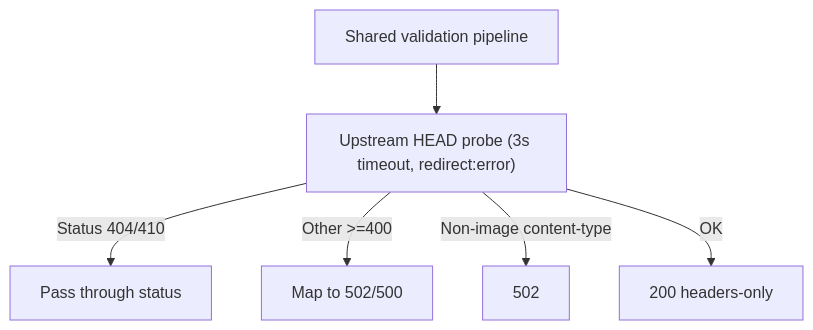
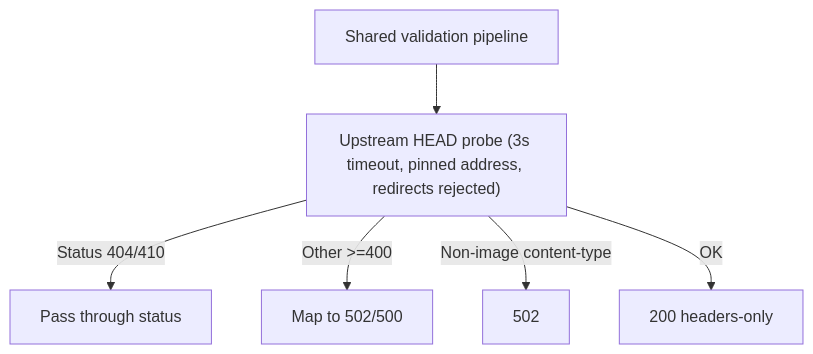
The third of 3 diagrams in apps/docs/content/docs/architecture/request-lifecycle.mdx (EricTsai83/optstuff), drawn with Mermaid before and after one commit. The commit also changed other lines of this file and 42 other files, not shown here.

````diff
--- a/apps/docs/content/docs/architecture/request-lifecycle.mdx
+++ b/apps/docs/content/docs/architecture/request-lifecycle.mdx
@@ -80,8 +81,8 @@
 ```mermaid title="HEAD: validate then upstream HEAD"
 flowchart TD
-  A["Shared validation pipeline"] --> B["Upstream HEAD probe (3s timeout, redirect:error)"]
+  A["Shared validation pipeline"] --> B["Upstream HEAD probe (3s timeout, pinned address, redirects rejected)"]
   B -->|Status 404/410| C["Pass through status"]
   B -->|Other >=400| D["Map to 502/500"]
   B -->|Non-image content-type| E["502"]
   B -->|OK| F["200 headers-only"]
 ```
````
